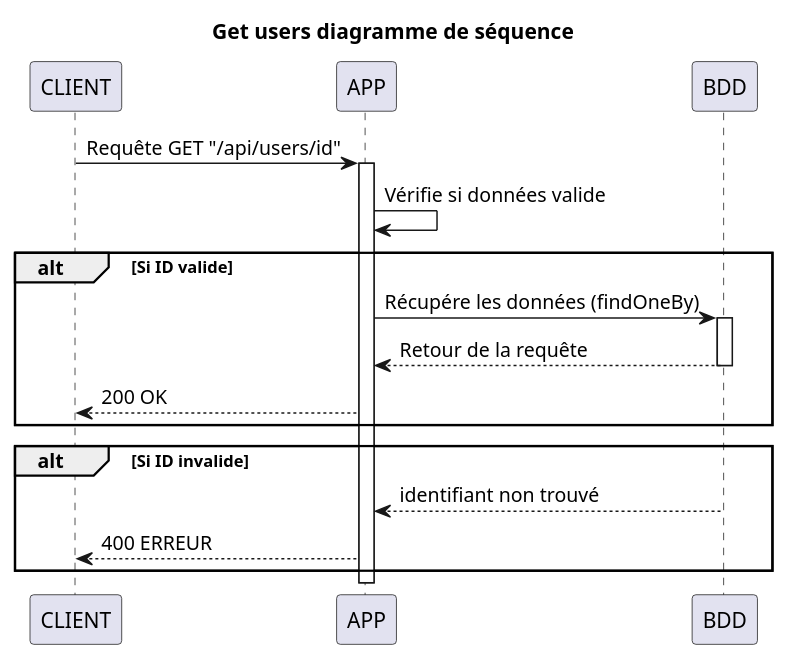
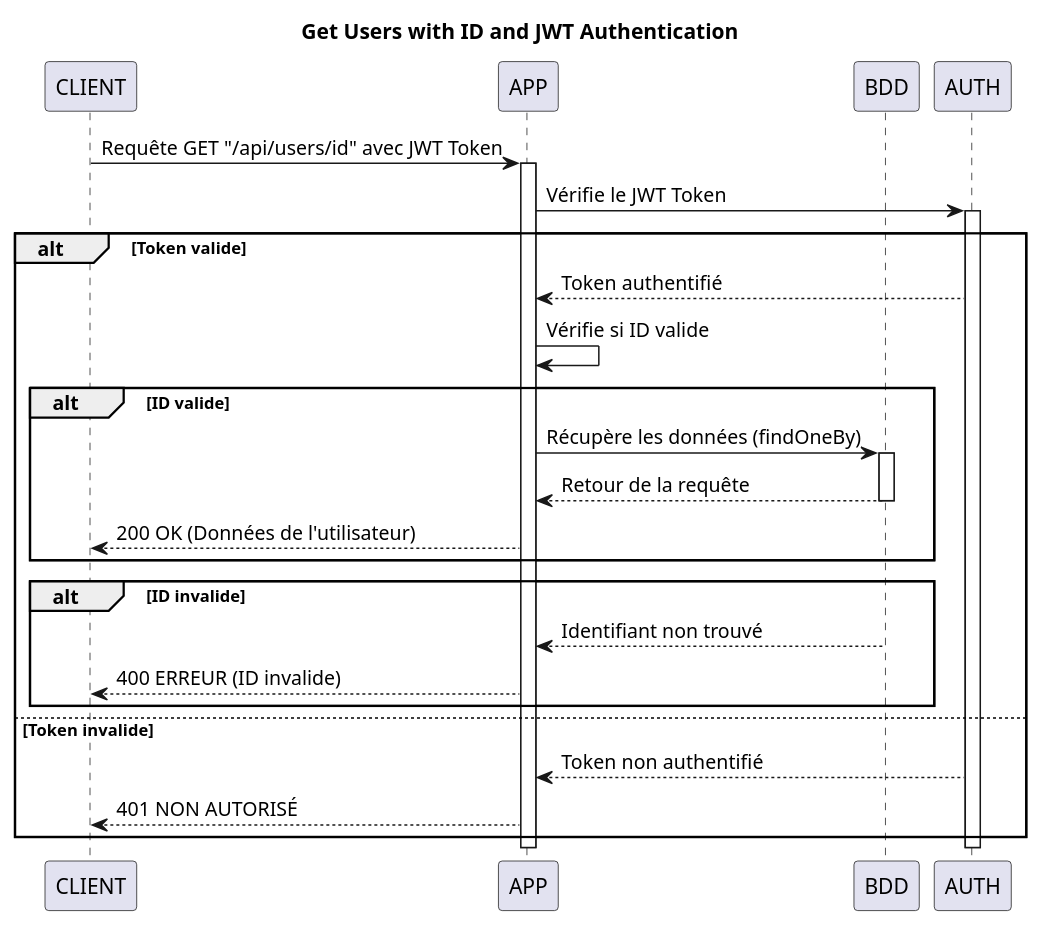
The diagram in docs/Diagramme de séquence/Get user (id).puml (Waarrez/P7), drawn with PlantUML before and after one commit. The commit also changed 9 other files, not shown here.

```diff
--- a/docs/Diagramme de séquence/Get user (id).puml
+++ b/docs/Diagramme de séquence/Get user (id).puml
@@ -1,26 +1,41 @@
 @startuml
 
-title Get users diagramme de séquence
+title Get Users with ID and JWT Authentication
 
 participant CLIENT
 participant APP
 participant BDD
+participant AUTH
 
-CLIENT -> APP: Requête GET "/api/users/id"
+CLIENT -> APP: Requête GET "/api/users/id" avec JWT Token
 activate APP
-APP -> APP : Vérifie si données valide
 
-alt Si ID valide
-    APP -> BDD  : Récupére les données (findOneBy)
-    activate BDD
-    BDD --> APP : Retour de la requête
-    deactivate BDD
-    APP --> CLIENT : 200 OK
+APP -> AUTH : Vérifie le JWT Token
+activate AUTH
+
+alt Token valide
+    AUTH --> APP : Token authentifié
+    APP -> APP : Vérifie si ID valide
+
+    alt ID valide
+        APP -> BDD : Récupère les données (findOneBy)
+        activate BDD
+        BDD --> APP : Retour de la requête
+        deactivate BDD
+        APP --> CLIENT : 200 OK (Données de l'utilisateur)
+    end
+
+    alt ID invalide
+        BDD --> APP : Identifiant non trouvé
+        APP --> CLIENT : 400 ERREUR (ID invalide)
+    end
+
+else Token invalide
+    AUTH --> APP : Token non authentifié
+    APP --> CLIENT : 401 NON AUTORISÉ
 end
 
-alt Si ID invalide
-    BDD --> APP : identifiant non trouvé
-    APP --> CLIENT : 400 ERREUR
-end
+deactivate AUTH
+deactivate APP
 
 @enduml
```
